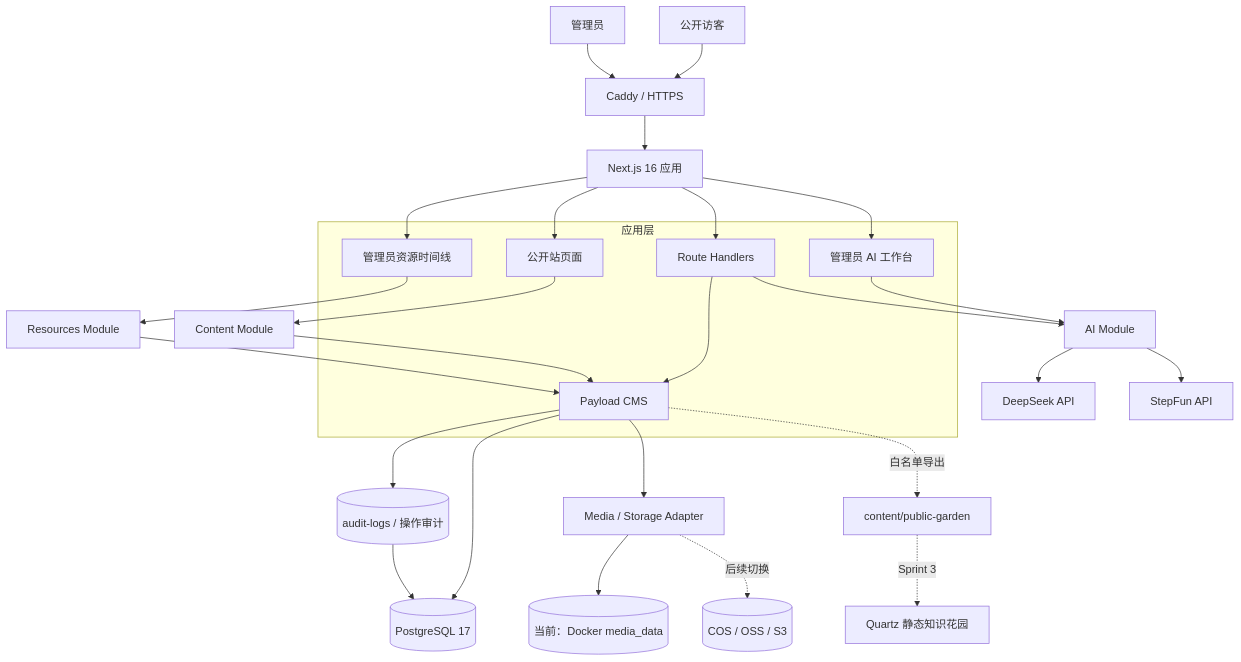
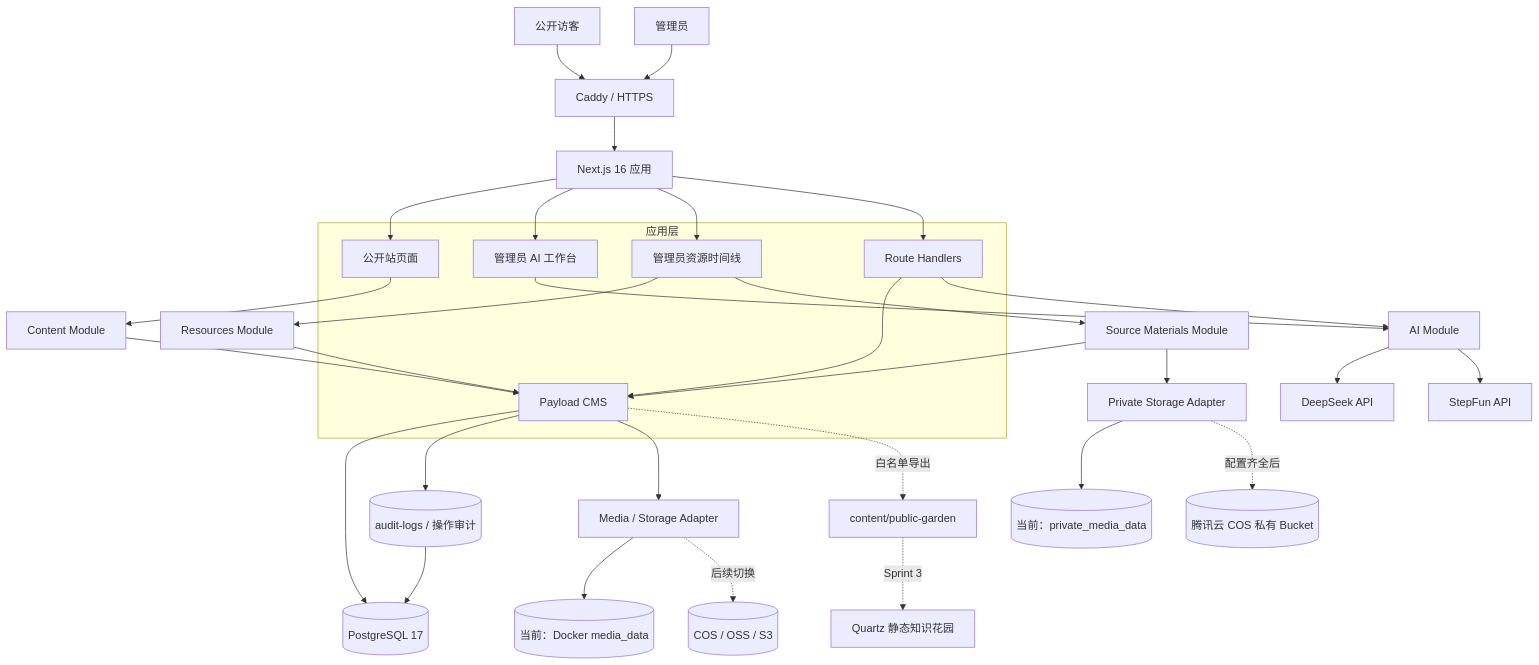
One commit to bseazh/Snorlaxden changed the diagram in README.md. Above: the diagram before and after it, drawn with Mermaid. The commit also changed other lines of this file and 29 other files, not shown here.

Commit message:
feat: protect source materials and exports

````diff
--- a/README.md
+++ b/README.md
@@ -24,39 +24,44 @@
 ```mermaid
 flowchart TB
   Visitor[公开访客] --> Caddy[Caddy / HTTPS]
   Admin[管理员] --> Caddy
   Caddy --> Next[Next.js 16 应用]
 
   subgraph Web[应用层]
     Public[公开站页面]
     Studio[管理员 AI 工作台]
     Library[管理员资源时间线]
     Routes[Route Handlers]
     Payload[Payload CMS]
   end
 
   Next --> Public
   Next --> Studio
   Next --> Library
   Next --> Routes
   Routes --> Payload
   Public --> ContentModule[Content Module]
   ContentModule --> Payload
   Library --> ResourceModule[Resources Module]
   ResourceModule --> Payload
+  Library --> SourceModule[Source Materials Module]
+  SourceModule --> Payload
 
   Payload --> PostgreSQL[(PostgreSQL 17)]
   Payload --> Audit[(audit-logs / 操作审计)]
   Audit --> PostgreSQL
   Payload --> Media[Media / Storage Adapter]
   Media --> Local[(当前：Docker media_data)]
   Media -. 后续切换 .-> ObjectStorage[(COS / OSS / S3)]
+  SourceModule --> PrivateStore[Private Storage Adapter]
+  PrivateStore --> PrivateVolume[(当前：private_media_data)]
+  PrivateStore -. 配置齐全后 .-> COS[(腾讯云 COS 私有 Bucket)]
 
   Studio --> AIModule[AI Module]
   Routes --> AIModule
   AIModule --> DeepSeek[DeepSeek API]
   AIModule --> StepFun[StepFun API]
 
   Payload -. 白名单导出 .-> Export[content/public-garden]
   Export -. Sprint 3 .-> Quartz[Quartz 静态知识花园]
 ```
````
